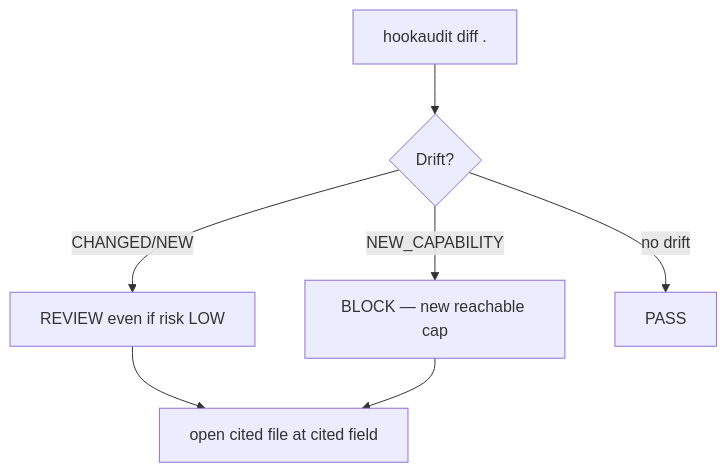
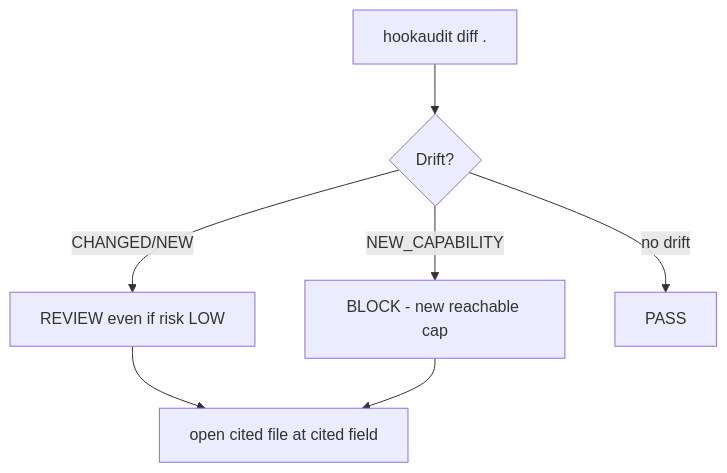
The sixth of 6 diagrams in README.md (rohitkumarnaidu/HookAudit), drawn with Mermaid before and after one commit. The commit also changed other lines of this file and 4 other files, not shown here.

````diff
--- a/README.md
+++ b/README.md
@@ -287,9 +287,9 @@
 ```mermaid
 flowchart TD
     A[hookaudit diff .] --> B{Drift?}
     B -->|CHANGED/NEW| C[REVIEW even if risk LOW]
-    B -->|NEW_CAPABILITY| D[BLOCK — new reachable cap]
+    B -->|NEW_CAPABILITY| D[BLOCK - new reachable cap]
     B -->|no drift| E[PASS]
     C --> F[open cited file at cited field]
     D --> F
 ```
````
